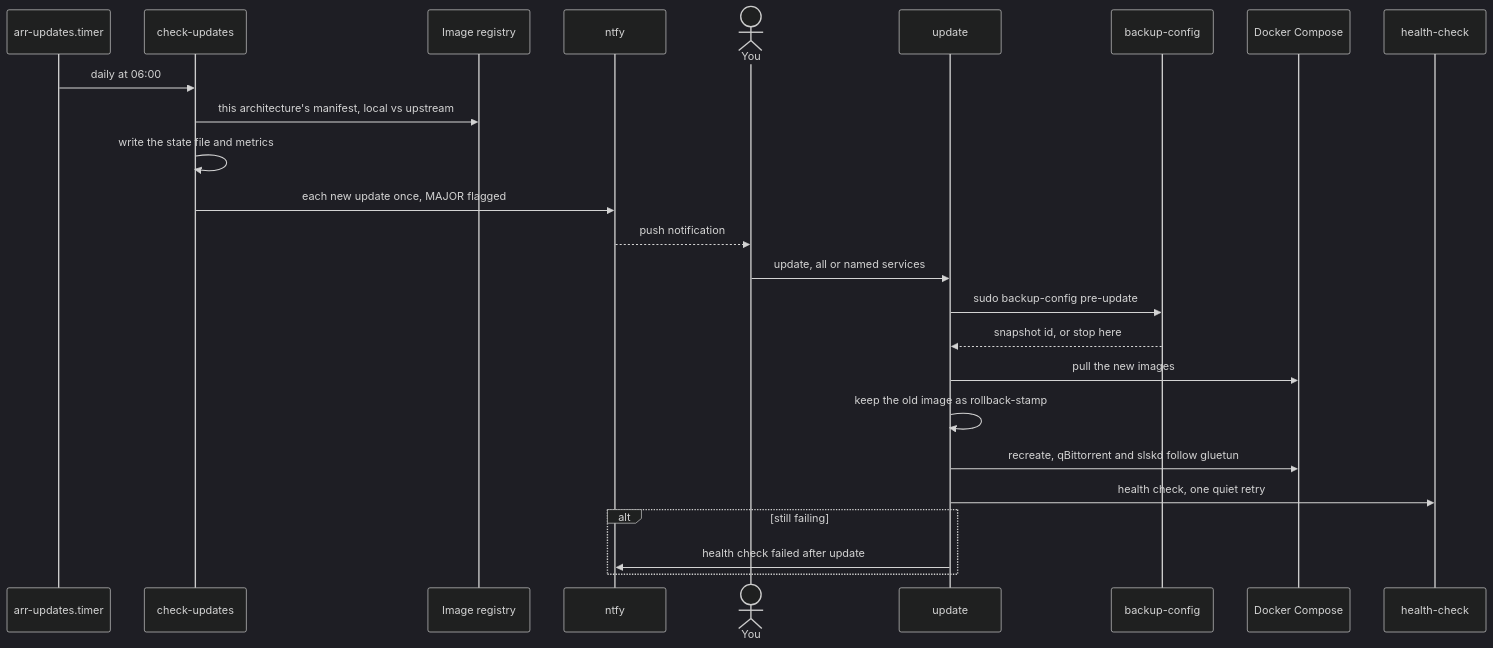
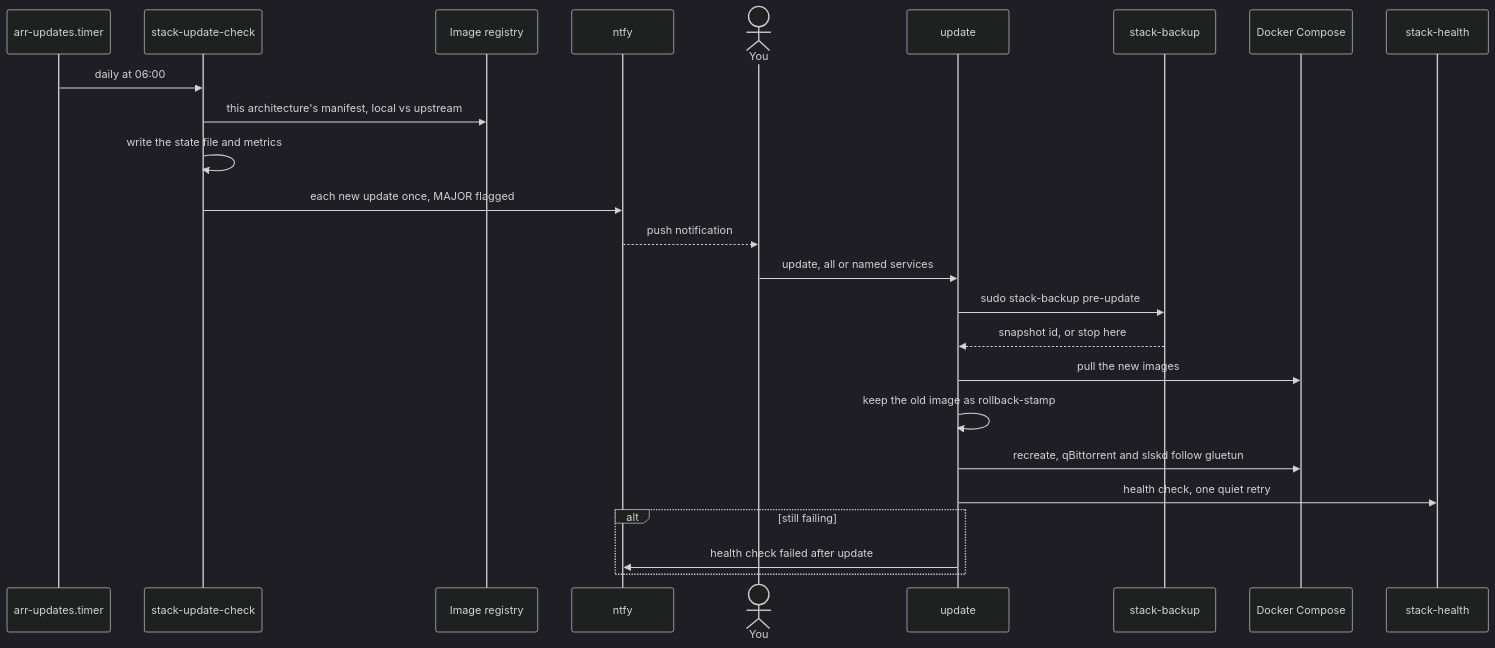
One commit to bugrauluyurt/homelab-media-stack changed the first of 2 diagrams in docs/flows/updates.md. Above: the diagram before and after it, drawn with Mermaid (dark theme). The commit also changed other lines of this file and 200 other files, not shown here.

````diff
--- a/docs/flows/updates.md
+++ b/docs/flows/updates.md
@@ -15,28 +15,28 @@
 ```mermaid
 sequenceDiagram
     participant T as arr-updates.timer
-    participant C as check-updates
+    participant C as stack-update-check
     participant R as Image registry
     participant N as ntfy
     actor You
     participant U as update
-    participant B as backup-config
+    participant B as stack-backup
     participant D as Docker Compose
-    participant H as health-check
+    participant H as stack-health
 
     T->>C: daily at 06:00
     C->>R: this architecture's manifest, local vs upstream
     C->>C: write the state file and metrics
     C->>N: each new update once, MAJOR flagged
     N-->>You: push notification
     You->>U: update, all or named services
-    U->>B: sudo backup-config pre-update
+    U->>B: sudo stack-backup pre-update
     B-->>U: snapshot id, or stop here
     U->>D: pull the new images
     U->>U: keep the old image as rollback-stamp
     U->>D: recreate, qBittorrent and slskd follow gluetun
     U->>H: health check, one quiet retry
     alt still failing
         U->>N: health check failed after update
     end
 ```
````
